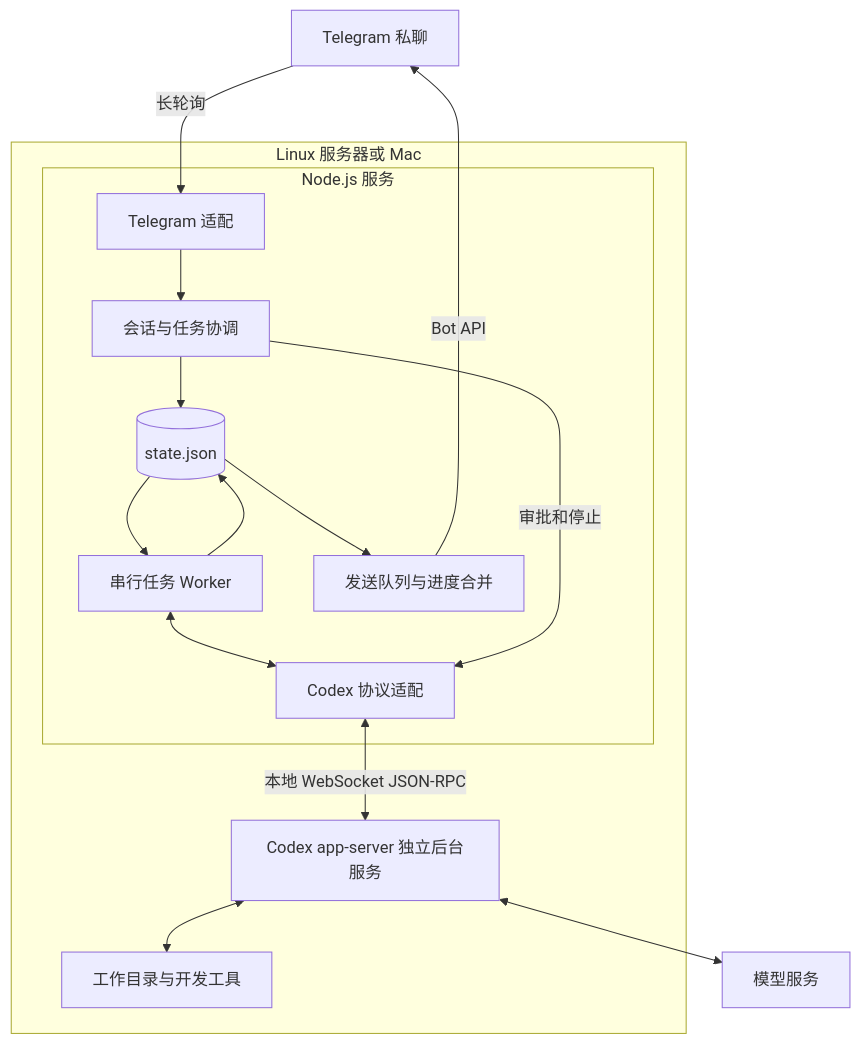
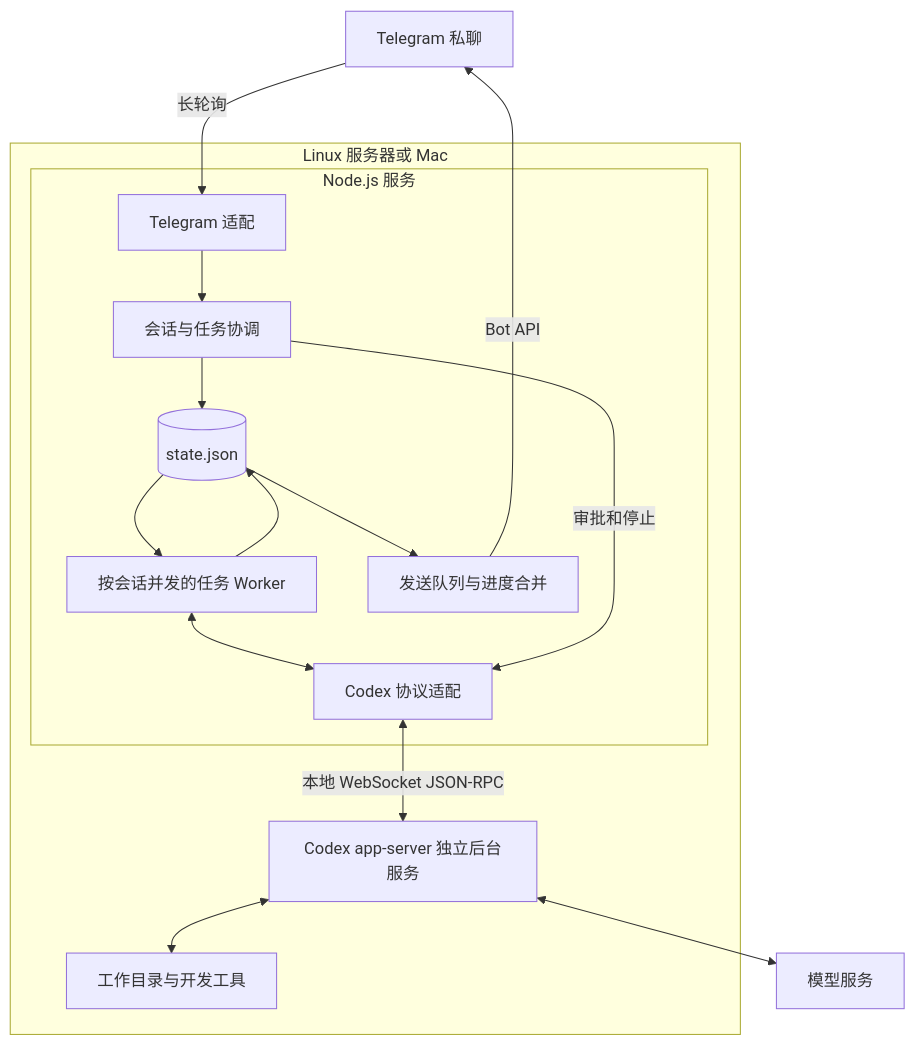
Before and after one commit to chaoyue1998/tellrun: the first of 2 diagrams in docs/architecture.md, drawn with Mermaid. The commit also changed other lines of this file and 10 other files, not shown here.

````diff
--- a/docs/architecture.md
+++ b/docs/architecture.md
@@ -31,28 +31,28 @@
 ```mermaid
 flowchart TB
     TG["Telegram 私聊"]
     subgraph SERVER["Linux 服务器或 Mac"]
         subgraph APP["Node.js 服务"]
             IN["Telegram 适配"]
             CORE["会话与任务协调"]
             STATE[("state.json")]
-            WORKER["串行任务 Worker"]
+            WORKER["按会话并发的任务 Worker"]
             RPC["Codex 协议适配"]
             OUT["发送队列与进度合并"]
             IN --> CORE
             CORE --> STATE
             STATE --> WORKER
             WORKER <--> RPC
             CORE -->|"审批和停止"| RPC
             WORKER --> STATE
             STATE --> OUT
         end
         CODEX["Codex app-server 独立后台服务"]
         FILES["工作目录与开发工具"]
         RPC <-->|"本地 WebSocket JSON-RPC"| CODEX
         CODEX <--> FILES
     end
     TG -->|"长轮询"| IN
     OUT -->|"Bot API"| TG
     CODEX <--> MODEL["模型服务"]
 ```
````
